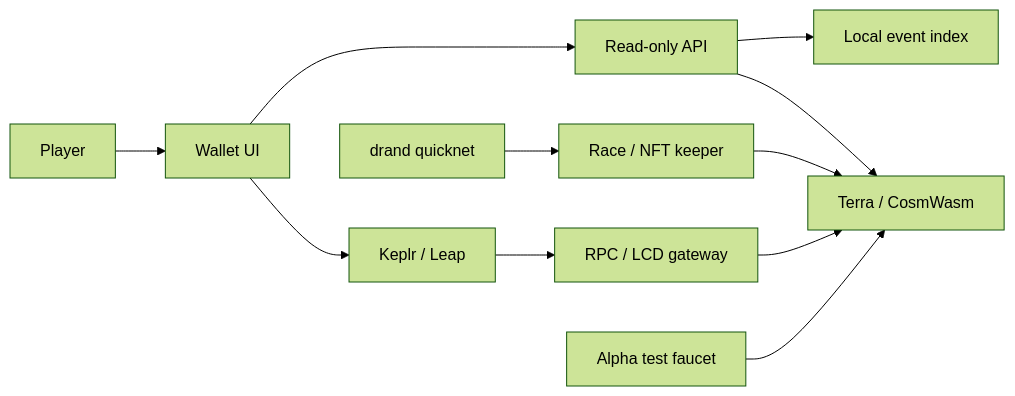
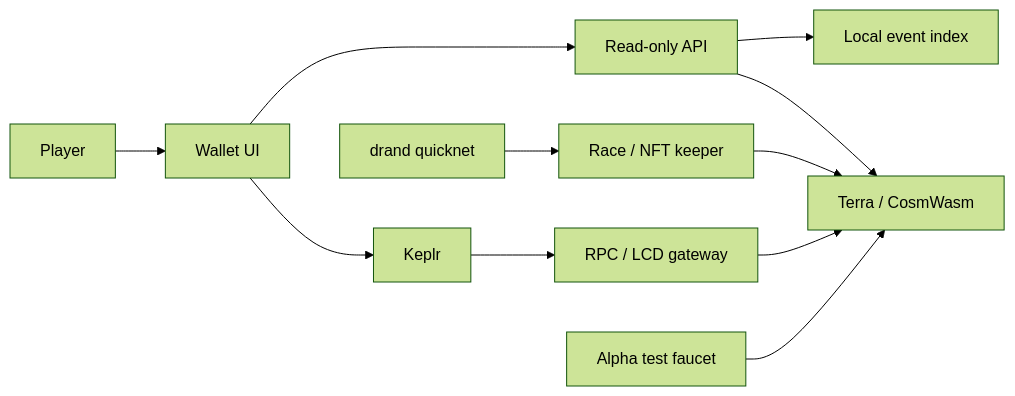
The diagram in docs/ARCHITECTURE.md (RenneBeau/spaceship-racer), drawn with Mermaid (forest theme) before and after one commit. The commit also changed other lines of this file and 7 other files, not shown here.

Commit message:
Remove unverified Leap wallet integration

````diff
--- a/docs/ARCHITECTURE.md
+++ b/docs/ARCHITECTURE.md
@@ -3,13 +3,13 @@
 ```mermaid
 flowchart LR
     Player[Player] --> UI[Wallet UI]
-    UI --> Wallet[Keplr / Leap]
+    UI --> Wallet[Keplr]
     UI --> API[Read-only API]
     Wallet --> Gateway[RPC / LCD gateway]
     Gateway --> Chain[Terra / CosmWasm]
     API --> Chain
     API --> SQLite[Local event index]
     Keeper[Race / NFT keeper] --> Chain
     Drand[drand quicknet] --> Keeper
     Faucet[Alpha test faucet] --> Chain
 ```
````
